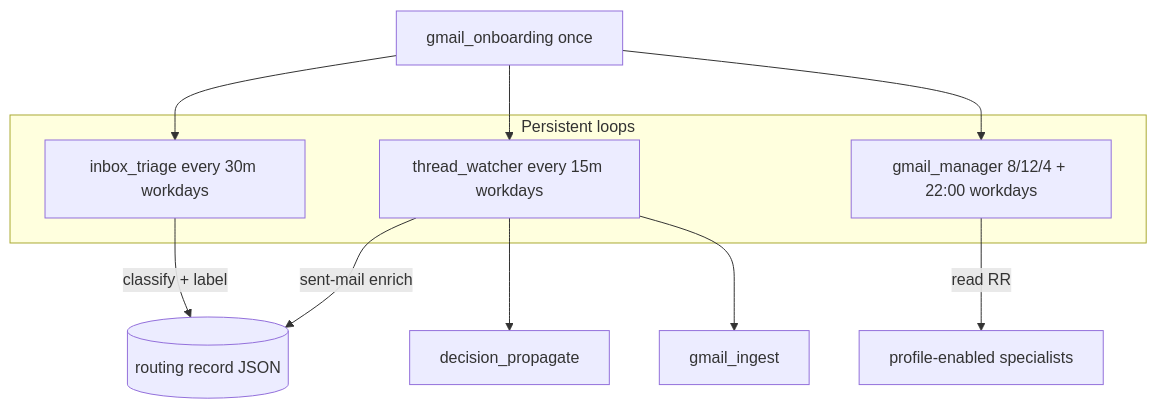
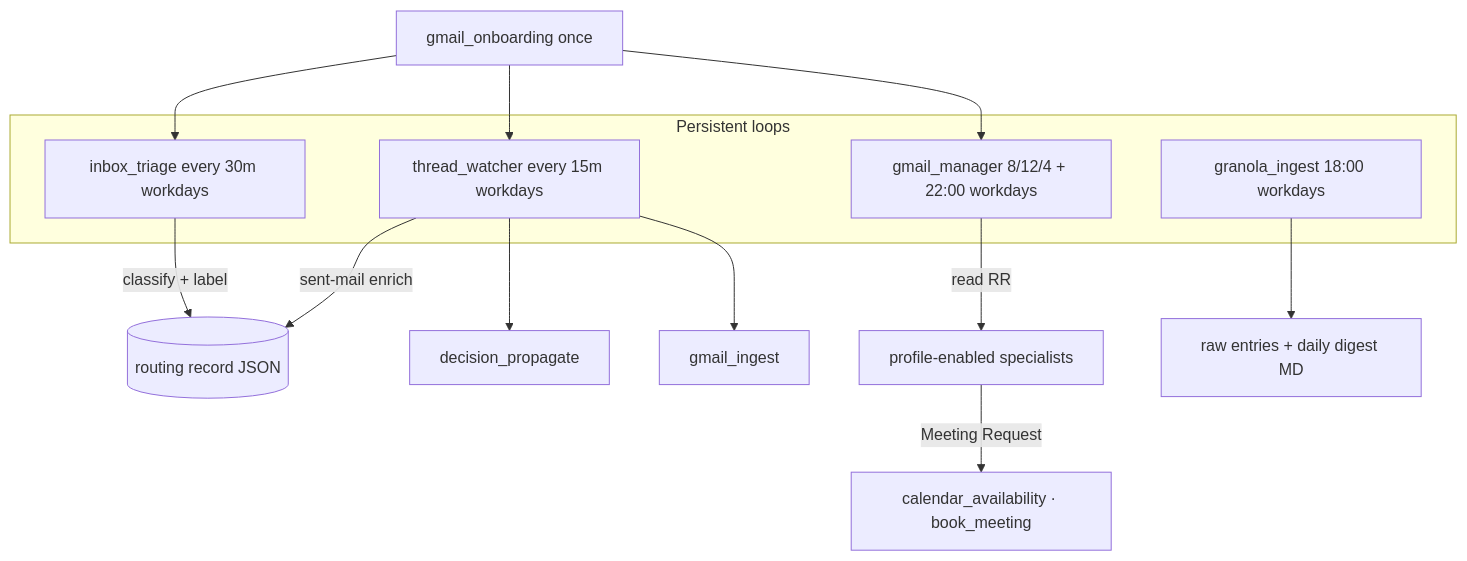
Before and after one commit to NickyHeC/4r7a: the diagram in docs/agents/operations.md, drawn with Mermaid. The commit also changed other lines of this file and 18 other files, not shown here.

````diff
--- a/docs/agents/operations.md
+++ b/docs/agents/operations.md
@@ -28,14 +28,17 @@
 ```mermaid
 flowchart TD
   subgraph persistent [Persistent loops]
     IT[inbox_triage every 30m workdays]
     TW[thread_watcher every 15m workdays]
     GM[gmail_manager 8/12/4 + 22:00 workdays]
+    GR[granola_ingest 18:00 workdays]
   end
   IT -->|classify + label| RR[(routing record JSON)]
   TW -->|sent-mail enrich| RR
   GM -->|read RR| SPEC[profile-enabled specialists]
   TW --> DP[decision_propagate]
   TW --> GI[gmail_ingest]
   ON[gmail_onboarding once] --> IT & TW & GM
+  SPEC -->|Meeting Request| GCAL[calendar_availability · book_meeting]
+  GR --> WIKI[raw entries + daily digest MD]
 ```
````
